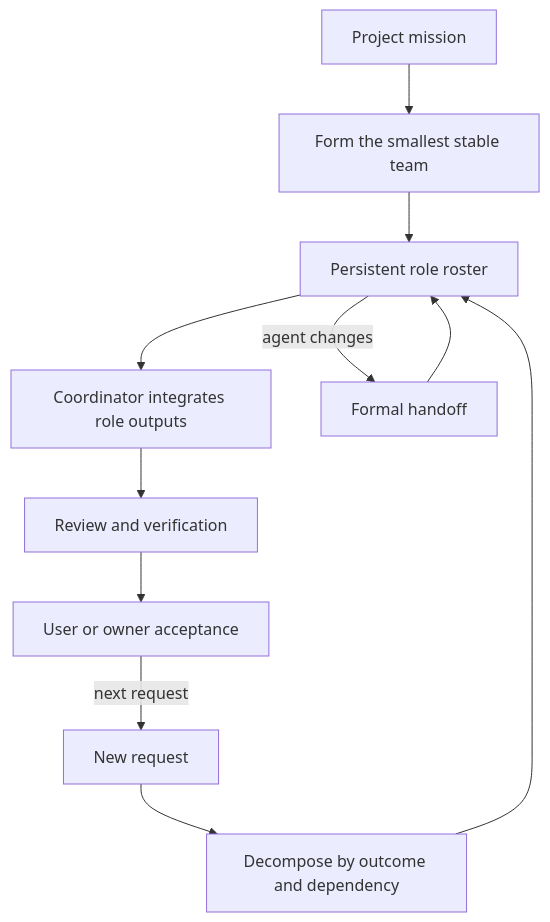
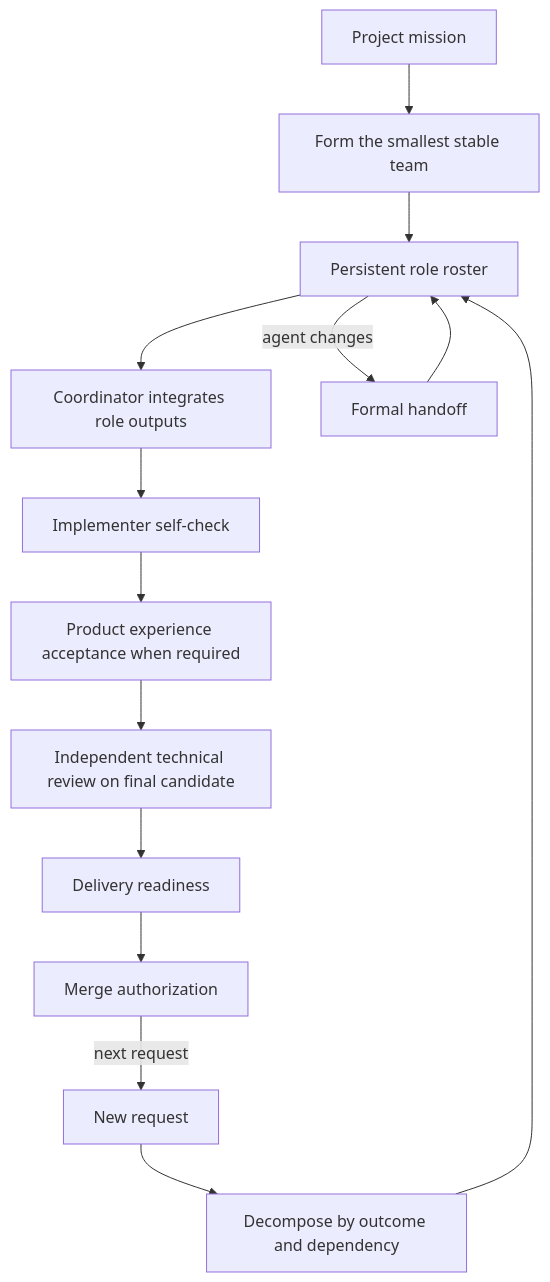
Before and after one commit to bells0/agent-teamworks: the diagram in README.md, drawn with Mermaid. The commit also changed other lines of this file and 7 other files, not shown here.

````diff
--- a/README.md
+++ b/README.md
@@ -27,13 +27,16 @@
 ```mermaid
 flowchart TD
     M[Project mission] --> T[Form the smallest stable team]
     T --> R[Persistent role roster]
     N[New request] --> D[Decompose by outcome and dependency]
     D --> R
     R --> C[Coordinator integrates role outputs]
-    C --> V[Review and verification]
-    V --> A[User or owner acceptance]
-    A -->|next request| N
+    C --> S[Implementer self-check]
+    S --> A[Product experience acceptance when required]
+    A --> V[Independent technical review on final candidate]
+    V --> G[Delivery readiness]
+    G --> U[Merge authorization]
+    U -->|next request| N
     R -->|agent changes| H[Formal handoff]
     H --> R
 ```
````
